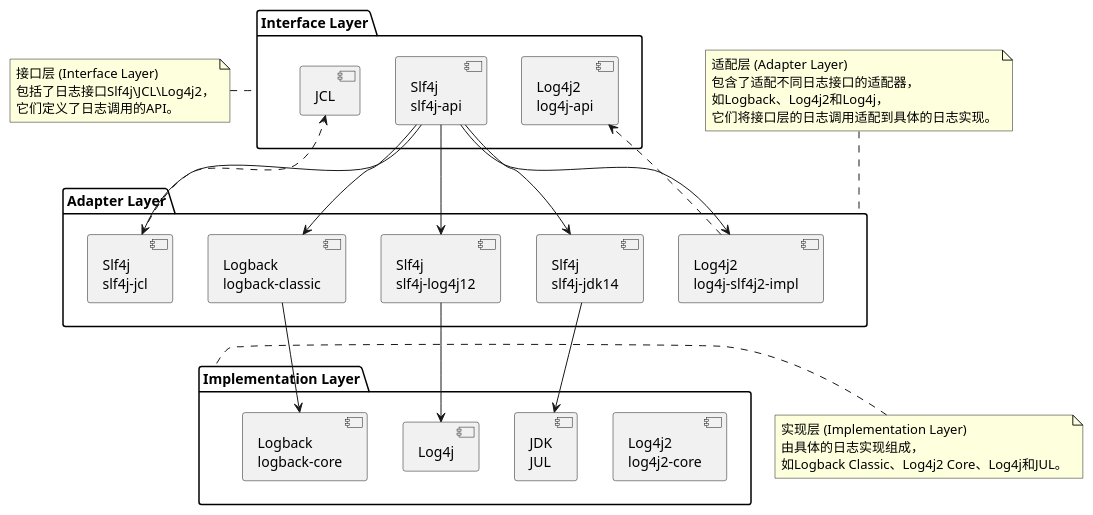
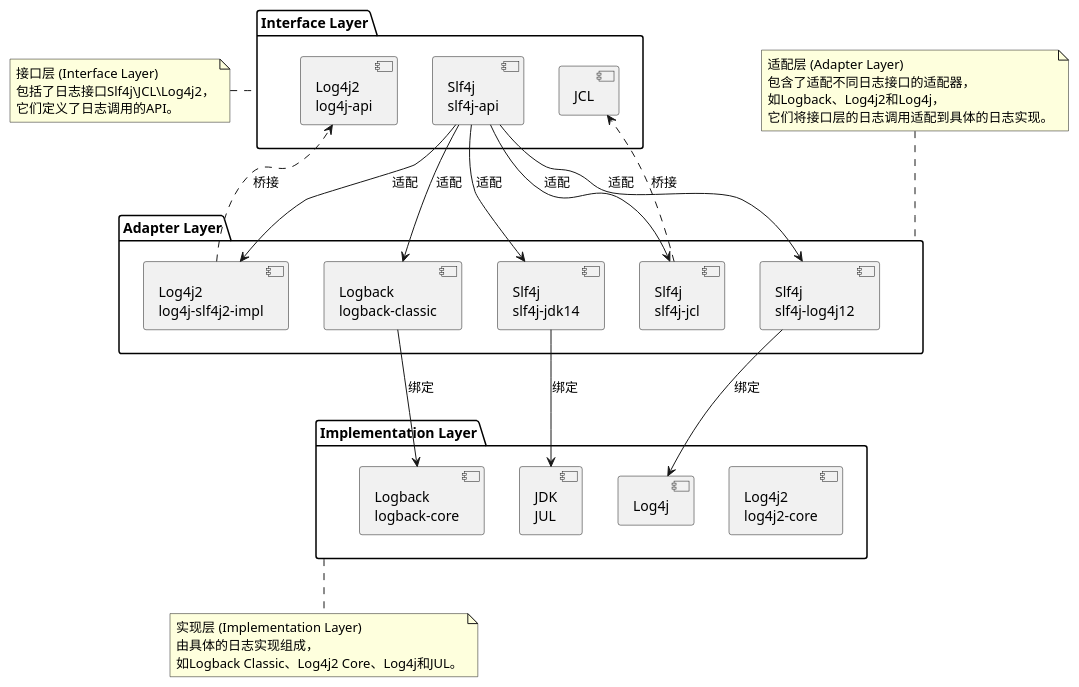
The diagram in common/src/main/resources/uml/java/log.puml (mvphjx/MyJavaGuide), drawn with PlantUML before and after one commit.

Commit message:
java日志组件图

```diff
--- a/common/src/main/resources/uml/java/log.puml
+++ b/common/src/main/resources/uml/java/log.puml
@@ -1,55 +1,55 @@
 @startuml
 
 package Interface as "Interface Layer" {
   [Log4j2\nlog4j-api] as Log4j2API
   [Slf4j\nslf4j-api] as Slf4jAPI
   [JCL] as JCLAPI
 }
 
 package Adapter as "Adapter Layer" {
   [Log4j2\nlog4j-slf4j2-impl] as Slf4jLog4j2Adapter
   [Logback\nlogback-classic] as LogbackAdapter
   [Slf4j\nslf4j-jcl] as Slf4jJCLAdapter
   [Slf4j\nslf4j-jdk14] as Slf4jJULAdapter
   [Slf4j\nslf4j-log4j12] as Slf4jLog4jAdapter
 }
 
 package Impl as "Implementation Layer" {
   [Log4j2\nlog4j2-core] as Log4j2Impl
   [Logback\nlogback-core] as LogbackImpl
   [JDK\nJUL] as JULImpl
   [Log4j] as Log4jImpl
 }
 
-Slf4jAPI --> LogbackAdapter
-Slf4jAPI --> Slf4jJCLAdapter
-Slf4jAPI --> Slf4jLog4jAdapter
-Slf4jAPI --> Slf4jLog4j2Adapter
-Slf4jAPI --> Slf4jJULAdapter
-LogbackAdapter --> LogbackImpl
-Slf4jJCLAdapter ..> JCLAPI
-Slf4jLog4jAdapter --> Log4jImpl
-Slf4jLog4j2Adapter ..> Log4j2API
-Slf4jJULAdapter --> JULImpl
+Slf4jAPI --> LogbackAdapter:适配
+Slf4jAPI --> Slf4jJCLAdapter:适配
+Slf4jAPI --> Slf4jLog4jAdapter:适配
+Slf4jAPI --> Slf4jLog4j2Adapter:适配
+Slf4jAPI --> Slf4jJULAdapter:适配
+LogbackAdapter --> LogbackImpl:绑定
+Slf4jJCLAdapter ..> JCLAPI:桥接
+Slf4jLog4jAdapter --> Log4jImpl:绑定
+Slf4jLog4j2Adapter ..> Log4j2API:桥接
+Slf4jJULAdapter --> JULImpl:绑定
 
 
 note left of Interface
   接口层 (Interface Layer)
   包括了日志接口Slf4j\JCL\Log4j2，
   它们定义了日志调用的API。
 end note
 
 note top of Adapter
   适配层 (Adapter Layer)
   包含了适配不同日志接口的适配器，
   如Logback、Log4j2和Log4j，
   它们将接口层的日志调用适配到具体的日志实现。
 end note
 
-note left of Impl
-  实现层 (Implementation Layer)
-  由具体的日志实现组成，
-  如Logback Classic、Log4j2 Core、Log4j和JUL。
+note bottom of Impl
+    实现层 (Implementation Layer)
+    由具体的日志实现组成，
+    如Logback Classic、Log4j2 Core、Log4j和JUL。
 end note
 
 @enduml
```
